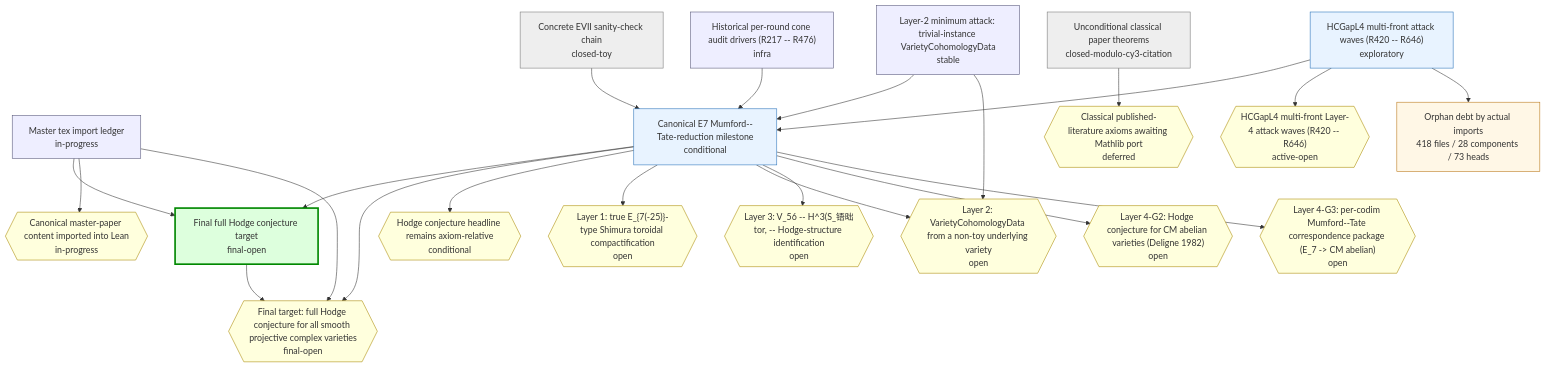
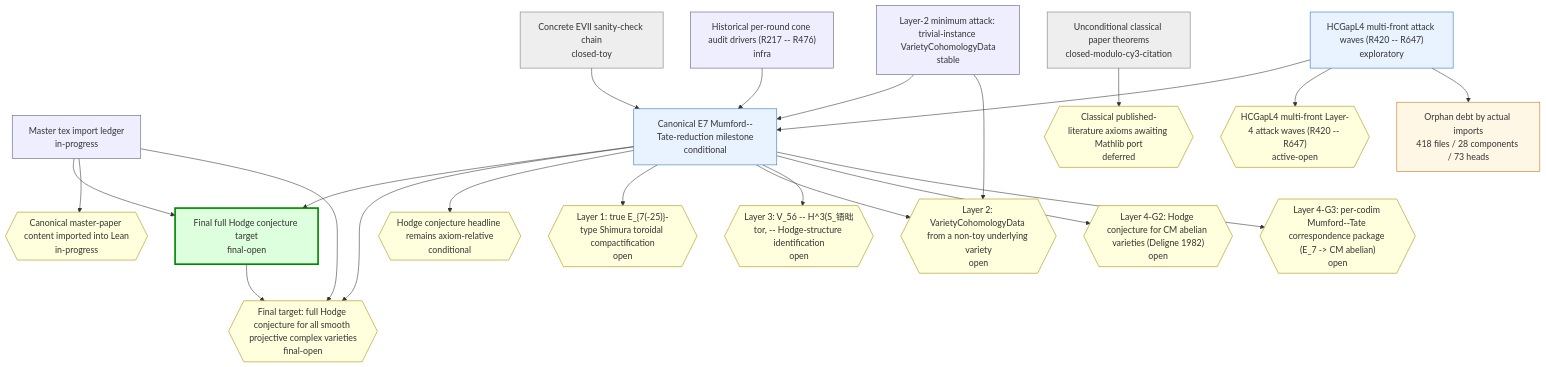
Before and after one commit to crabsatellite/hodge-conjecture-lean4-formalization: the first of 2 diagrams in chain-status/research-map.md, drawn with Mermaid. The commit also changed other lines of this file and 8 other files, not shown here.

````diff
--- a/chain-status/research-map.md
+++ b/chain-status/research-map.md
@@ -46,54 +46,54 @@
 ```mermaid
 graph TD
   classDef main fill:#dfd,stroke:#080,stroke-width:3px
   classDef active fill:#e8f3ff,stroke:#2670b8
   classDef support fill:#eef,stroke:#557
   classDef closed fill:#eee,stroke:#777
   classDef dead fill:#fdd,stroke:#a00,stroke-width:2px
   classDef gapOpen fill:#ffd,stroke:#a80
   classDef gapClosed fill:#eee,stroke:#777
   classDef gapDead fill:#fdd,stroke:#a00
   classDef debt fill:#fff7e6,stroke:#b87514
   classDef debtTaxonomy fill:#e8f3ff,stroke:#2670b8,stroke-dasharray:3 3
   classDef debtRule fill:#eefbea,stroke:#398439,stroke-dasharray:3 3
   classDef debtDead fill:#fdd,stroke:#a00,stroke-dasharray:3 3
   chain_full_hc_final_target["Final full Hodge conjecture target\nfinal-open"]:::main
   chain_master_paper_import_ledger["Master tex import ledger\nin-progress"]:::support
   chain_main_hc_axiom_relative["Canonical E7 Mumford--Tate-reduction milestone\nconditional"]:::active
   chain_unconditional_classical["Unconditional classical paper theorems\nclosed-modulo-cy3-citation"]:::closed
   chain_hcgap_l2_trivial_instances["Layer-2 minimum attack: trivial-instance VarietyCohomologyData\nstable"]:::support
-  chain_hcgap_l4_multifront_active["HCGapL4 multi-front attack waves (R420 -- R646)\nexploratory"]:::active
+  chain_hcgap_l4_multifront_active["HCGapL4 multi-front attack waves (R420 -- R647)\nexploratory"]:::active
   chain_concrete_evii_toy["Concrete EVII sanity-check chain\nclosed-toy"]:::closed
   chain_historical_cone_audits["Historical per-round cone audit drivers (R217 -- R476)\ninfra"]:::support
   gap_G_full_hc{{"Final target: full Hodge conjecture for all smooth projective complex varieties\nfinal-open"}}:::gapOpen
   gap_G_master_paper_import{{"Canonical master-paper content imported into Lean\nin-progress"}}:::gapOpen
   gap_G_main_hc{{"Hodge conjecture headline remains axiom-relative\nconditional"}}:::gapOpen
   gap_G_l1_e7_shimura_tor{{"Layer 1: true E_{7(-25)}-type Shimura toroidal compactification\nopen"}}:::gapOpen
   gap_G_l2_cohomology_construction{{"Layer 2: VarietyCohomologyData from a non-toy underlying variety\nopen"}}:::gapOpen
   gap_G_l3_v56_mt_identification{{"Layer 3: V_56 -- H^3(S_铻昢tor, -- Hodge-structure identification\nopen"}}:::gapOpen
   gap_G_l4_cm_abelian_hc{{"Layer 4-G2: Hodge conjecture for CM abelian varieties (Deligne 1982)\nopen"}}:::gapOpen
   gap_G_l4_mt_correspondence{{"Layer 4-G3: per-codim Mumford--Tate correspondence package (E_7 -> CM abelian)\nopen"}}:::gapOpen
   gap_G_classical_mathlib_port{{"Classical published-literature axioms awaiting Mathlib port\ndeferred"}}:::gapOpen
-  gap_G_hcgap_l4_multifront{{"HCGapL4 multi-front Layer-4 attack waves (R420 -- R646)\nactive-open"}}:::gapOpen
+  gap_G_hcgap_l4_multifront{{"HCGapL4 multi-front Layer-4 attack waves (R420 -- R647)\nactive-open"}}:::gapOpen
   chain_full_hc_final_target --> gap_G_full_hc
   chain_master_paper_import_ledger --> chain_full_hc_final_target
   chain_master_paper_import_ledger --> gap_G_master_paper_import
   chain_master_paper_import_ledger --> gap_G_full_hc
   chain_main_hc_axiom_relative --> chain_full_hc_final_target
   chain_main_hc_axiom_relative --> gap_G_full_hc
   chain_main_hc_axiom_relative --> gap_G_main_hc
   chain_main_hc_axiom_relative --> gap_G_l1_e7_shimura_tor
   chain_main_hc_axiom_relative --> gap_G_l2_cohomology_construction
   chain_main_hc_axiom_relative --> gap_G_l3_v56_mt_identification
   chain_main_hc_axiom_relative --> gap_G_l4_cm_abelian_hc
   chain_main_hc_axiom_relative --> gap_G_l4_mt_correspondence
   chain_unconditional_classical --> gap_G_classical_mathlib_port
   chain_hcgap_l2_trivial_instances --> chain_main_hc_axiom_relative
   chain_hcgap_l2_trivial_instances --> gap_G_l2_cohomology_construction
   chain_hcgap_l4_multifront_active --> chain_main_hc_axiom_relative
   chain_hcgap_l4_multifront_active --> gap_G_hcgap_l4_multifront
   chain_concrete_evii_toy --> chain_main_hc_axiom_relative
   chain_historical_cone_audits --> chain_main_hc_axiom_relative
   debt_all["Orphan debt by actual imports\n418 files / 28 components / 73 heads"]:::debt
   chain_hcgap_l4_multifront_active --> debt_all
 ```
````
